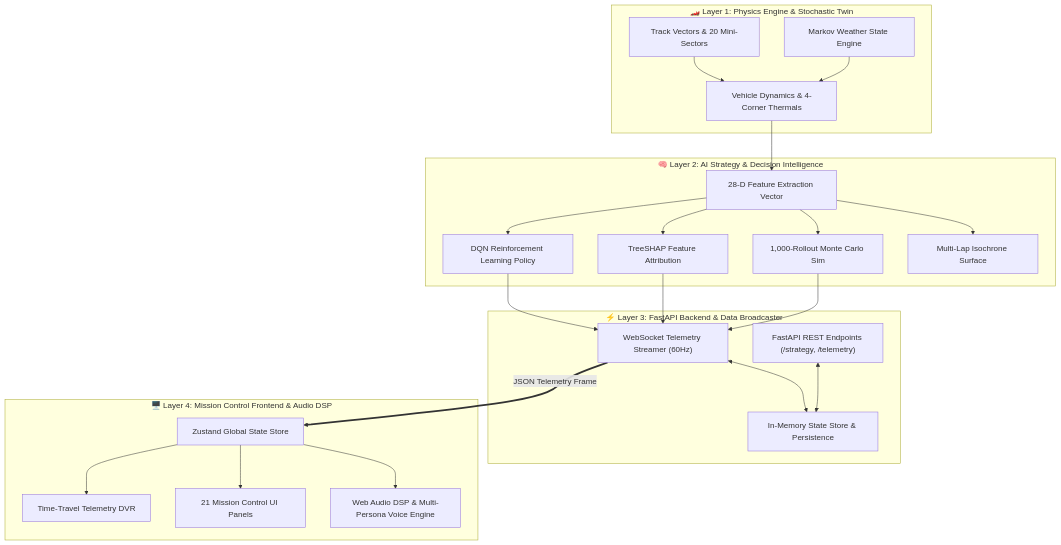
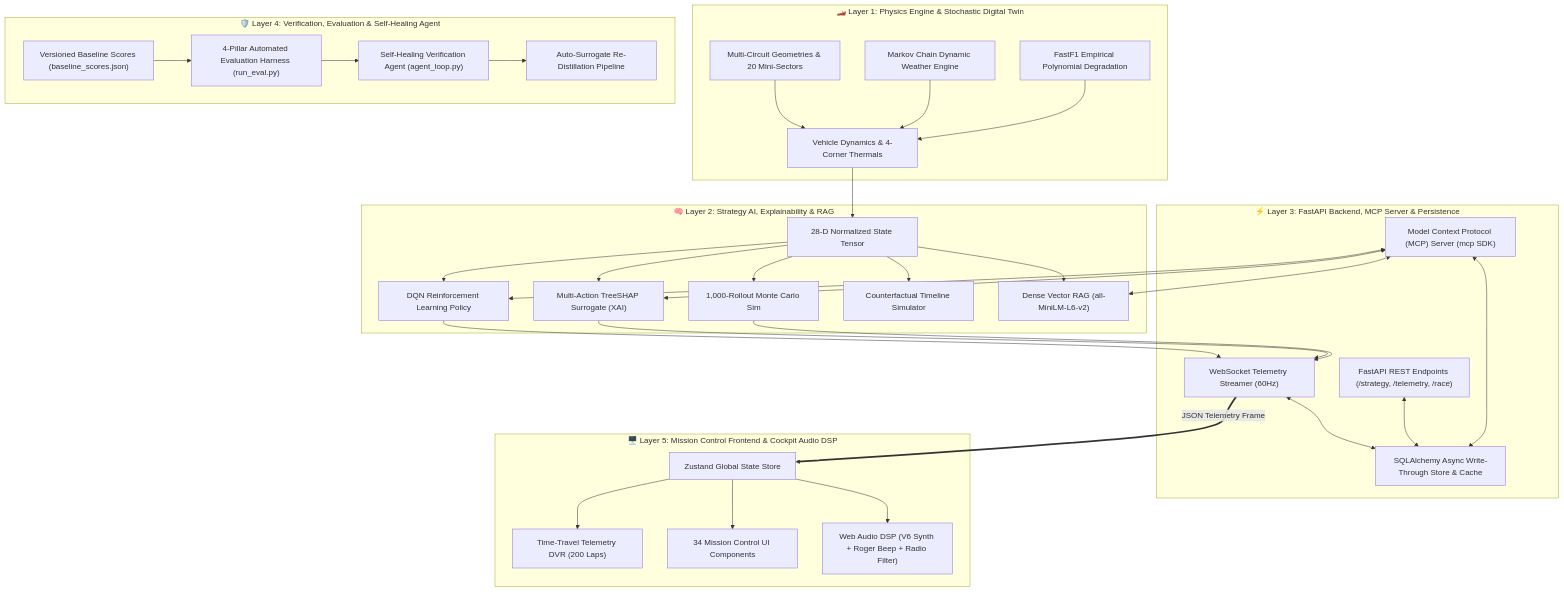
Before and after one commit to Susil-commits/F1-s-APEX----Autonomous-Predictive-EXecutive-Race-Intelligence-: the first of 11 diagrams in README.md, drawn with Mermaid. The commit also changed other lines of this file and 16 other files, not shown here.

Commit message:
feat: implement Model Context Protocol (MCP) server, 4-pillar evaluation harness, and self-healing agent

````diff
--- a/README.md
+++ b/README.md
@@ -25,48 +27,69 @@
 ```mermaid
 flowchart TD
-    subgraph Layer1 ["🏎️ Layer 1: Physics Engine & Stochastic Twin"]
-        Track["Track Vectors & 20 Mini-Sectors"]
+    subgraph Layer1 ["🏎️ Layer 1: Physics Engine & Stochastic Digital Twin"]
+        Track["Multi-Circuit Geometries & 20 Mini-Sectors"]
         Physics["Vehicle Dynamics & 4-Corner Thermals"]
-        WeatherModel["Markov Weather State Engine"]
+        WeatherModel["Markov Chain Dynamic Weather Engine"]
+        FastF1Data["FastF1 Empirical Polynomial Degradation"]
+        
         Track --> Physics
         WeatherModel --> Physics
+        FastF1Data --> Physics
     end
 
-    subgraph Layer2 ["🧠 Layer 2: AI Strategy & Decision Intelligence"]
-        Feat["28-D Feature Extraction Vector"]
+    subgraph Layer2 ["🧠 Layer 2: Strategy AI, Explainability & RAG"]
+        Feat["28-D Normalized State Tensor"]
         DQNNet["DQN Reinforcement Learning Policy"]
-        SHAPEngine["TreeSHAP Feature Attribution"]
+        SHAPEngine["Multi-Action TreeSHAP Surrogate (XAI)"]
         MonteEngine["1,000-Rollout Monte Carlo Sim"]
-        Isochrone["Multi-Lap Isochrone Surface"]
+        Counterfactual["Counterfactual Timeline Simulator"]
+        RAGEngine["Dense Vector RAG (all-MiniLM-L6-v2)"]
         
         Physics --> Feat
         Feat --> DQNNet
         Feat --> SHAPEngine
         Feat --> MonteEngine
-        Feat --> Isochrone
+        Feat --> Counterfactual
+        Feat --> RAGEngine
     end
 
-    subgraph Layer3 ["⚡ Layer 3: FastAPI Backend & Data Broadcaster"]
+    subgraph Layer3 ["⚡ Layer 3: FastAPI Backend, MCP Server & Persistence"]
         WSServer["WebSocket Telemetry Streamer (60Hz)"]
-        REST["FastAPI REST Endpoints (/strategy, /telemetry)"]
-        TwinStore["In-Memory State Store & Persistence"]
+        REST["FastAPI REST Endpoints (/strategy, /telemetry, /race)"]
+        MCPServer["Model Context Protocol (MCP) Server (mcp SDK)"]
+        TwinStore["SQLAlchemy Async Write-Through Store & Cache"]
         
         DQNNet --> WSServer
         SHAPEngine --> WSServer
         MonteEngine --> WSServer
         WSServer <--> TwinStore
         REST <--> TwinStore
+        MCPServer <--> TwinStore
+        MCPServer <--> DQNNet
+        MCPServer <--> SHAPEngine
+        MCPServer <--> RAGEngine
     end
 
-    subgraph Layer4 ["🖥️ Layer 4: Mission Control Frontend & Audio DSP"]
+    subgraph Layer4 ["🛡️ Layer 4: Verification, Evaluation & Self-Healing Agent"]
+        EvalHarness["4-Pillar Automated Evaluation Harness (run_eval.py)"]
+        Baselines["Versioned Baseline Scores (baseline_scores.json)"]
+        HealingAgent["Self-Healing Verification Agent (agent_loop.py)"]
+        Distillation["Auto-Surrogate Re-Distillation Pipeline"]
+        
+        Baselines --> EvalHarness
+        EvalHarness --> HealingAgent
+        HealingAgent --> Distillation
+    end
+
+    subgraph Layer5 ["🖥️ Layer 5: Mission Control Frontend & Cockpit Audio DSP"]
         Zustand["Zustand Global State Store"]
-        DVR["Time-Travel Telemetry DVR"]
-        UIPanels["21 Mission Control UI Panels"]
-        Audio["Web Audio DSP & Multi-Persona Voice Engine"]
+        DVR["Time-Travel Telemetry DVR (200 Laps)"]
+        UIPanels["34 Mission Control UI Components"]
+        Audio["Web Audio DSP (V6 Synth + Roger Beep + Radio Filter)"]
         
         WSServer ==>|JSON Telemetry Frame| Zustand
         Zustand --> DVR
         Zustand --> UIPanels
         Zustand --> Audio
     end
 ```
````
